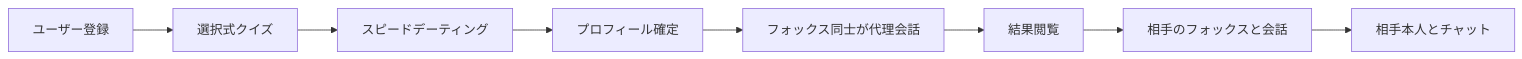
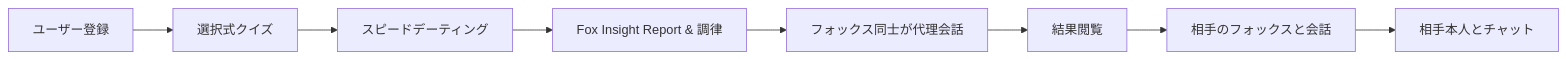
One commit to Masuda-1246/wingfox changed the first of 2 diagrams in docs/requirements/01-overview.md. Above: the diagram before and after it, drawn with Mermaid. The commit also changed other lines of this file, not shown here.

````diff
--- a/docs/requirements/01-overview.md
+++ b/docs/requirements/01-overview.md
@@ -45,10 +45,10 @@
 ```mermaid
 flowchart LR
     A[ユーザー登録] --> B[選択式クイズ]
     B --> C[スピードデーティング]
-    C --> D[プロフィール確定]
+    C --> D[Fox Insight Report & 調律]
     D --> E[フォックス同士が代理会話]
     E --> F[結果閲覧]
     F --> G[相手のフォックスと会話]
     G --> H[相手本人とチャット]
 ```
````
